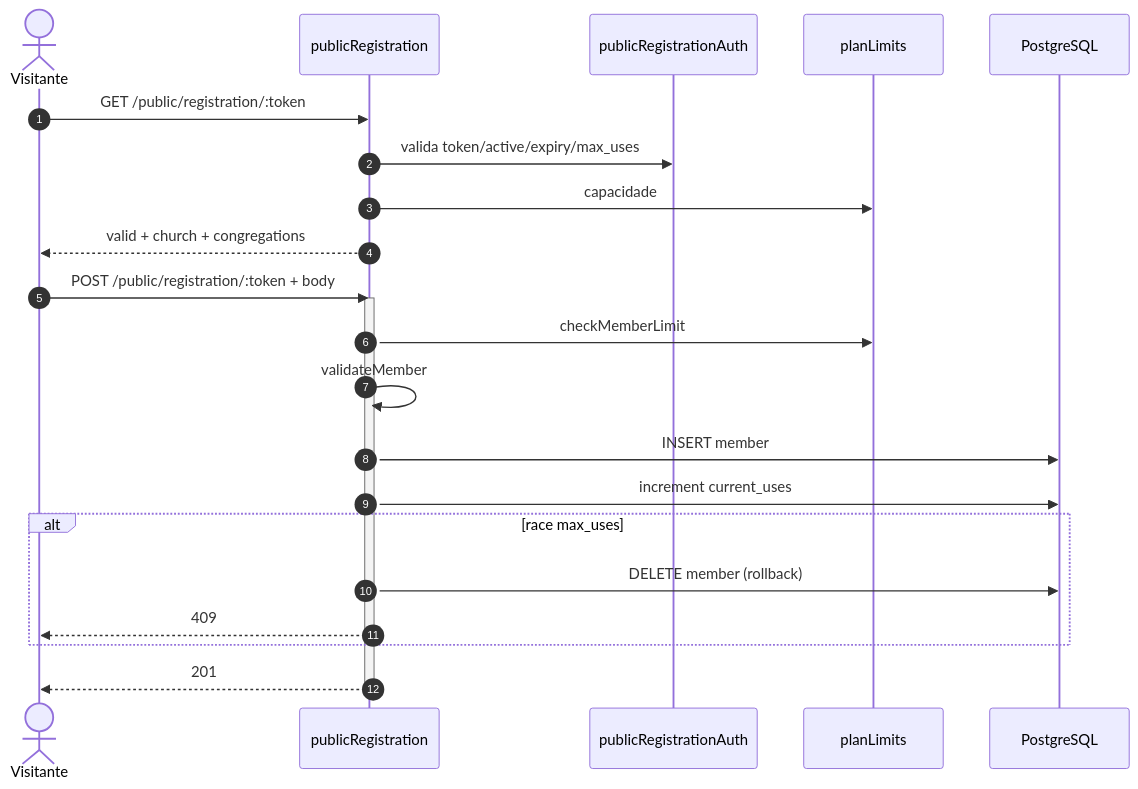
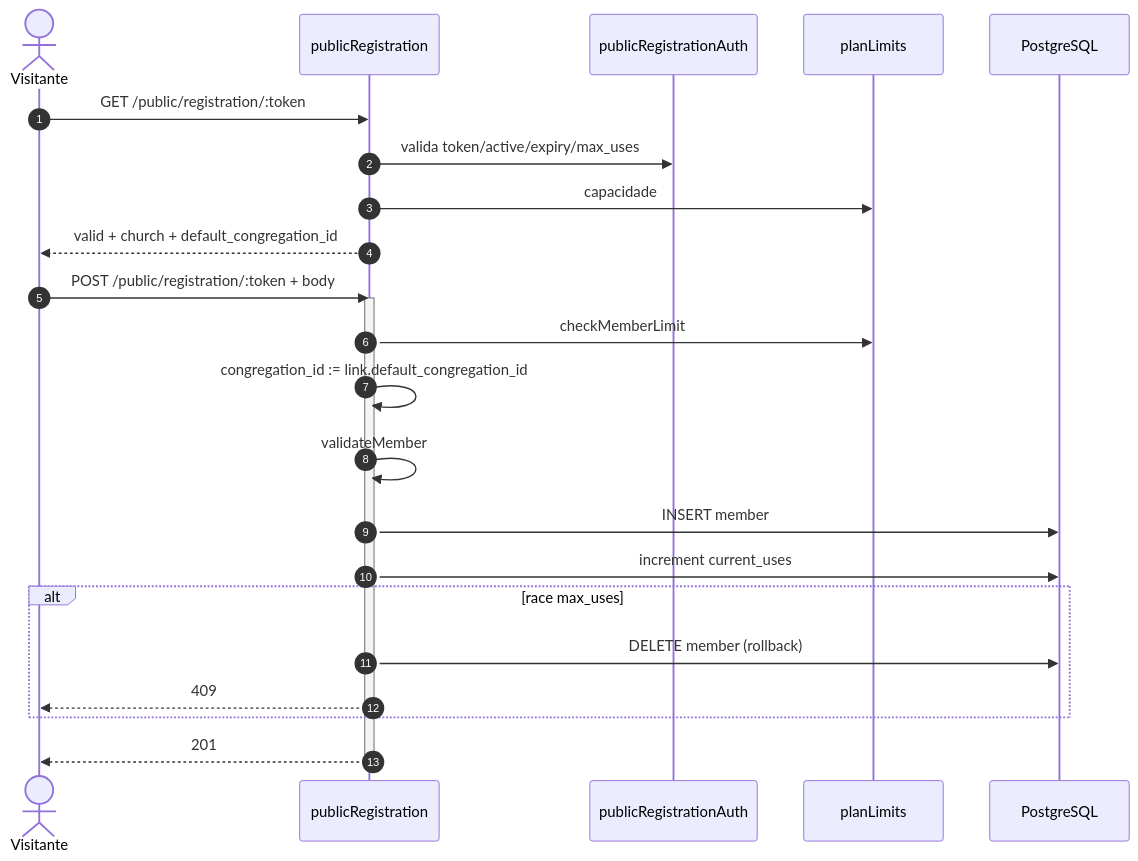
One commit to vinic-asouza/flock changed the second of 7 diagrams in docs/04_modulos/membros.md. Above: the diagram before and after it, drawn with Mermaid. The commit also changed other lines of this file and 3 other files, not shown here.

````diff
--- a/docs/04_modulos/membros.md
+++ b/docs/04_modulos/membros.md
@@ -353,27 +354,28 @@
 ```mermaid
 sequenceDiagram
   autonumber
   actor V as Visitante
   participant API as publicRegistration
   participant MW as publicRegistrationAuth
   participant LIM as planLimits
   participant DB as PostgreSQL
 
   V->>API: GET /public/registration/:token
   API->>MW: valida token/active/expiry/max_uses
   API->>LIM: capacidade
-  API-->>V: valid + church + congregations
+  API-->>V: valid + church + default_congregation_id
 
   V->>API: POST /public/registration/:token + body
   activate API
   API->>LIM: checkMemberLimit
+  API->>API: congregation_id := link.default_congregation_id
   API->>API: validateMember
   API->>DB: INSERT member
   API->>DB: increment current_uses
   alt race max_uses
     API->>DB: DELETE member (rollback)
     API-->>V: 409
   end
   API-->>V: 201
   deactivate API
 ```
````
